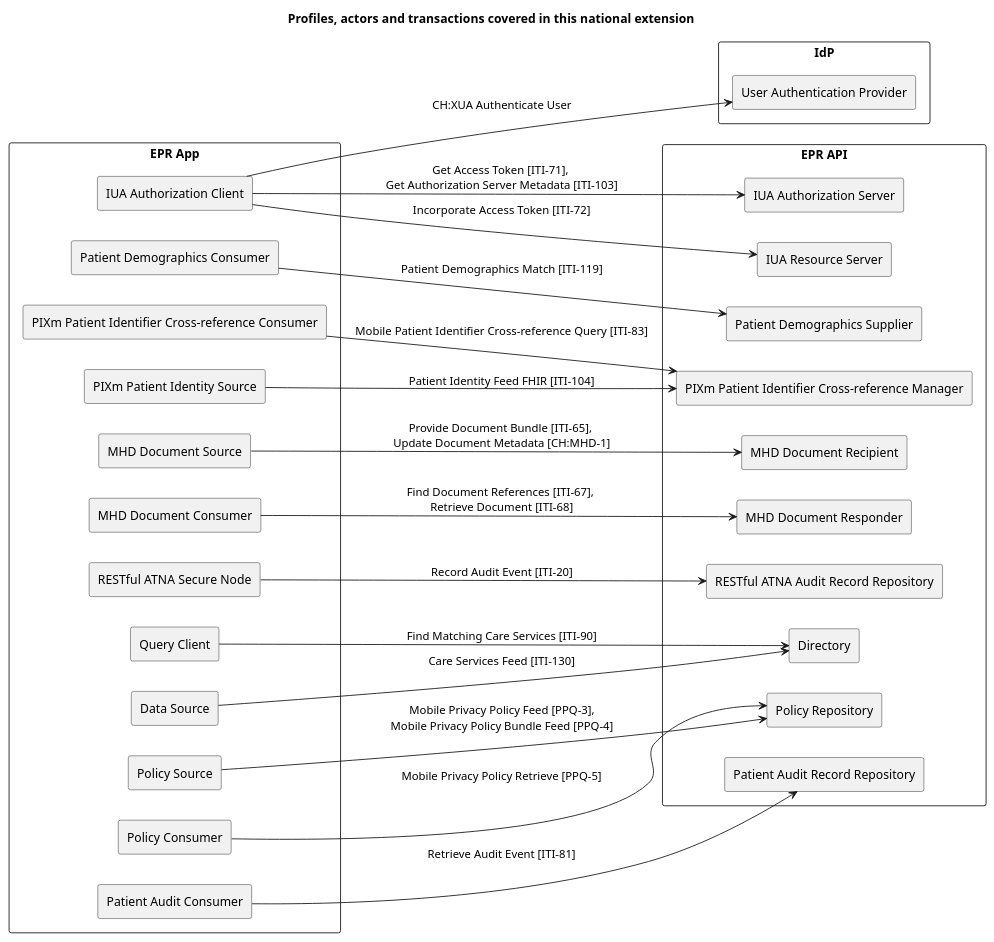
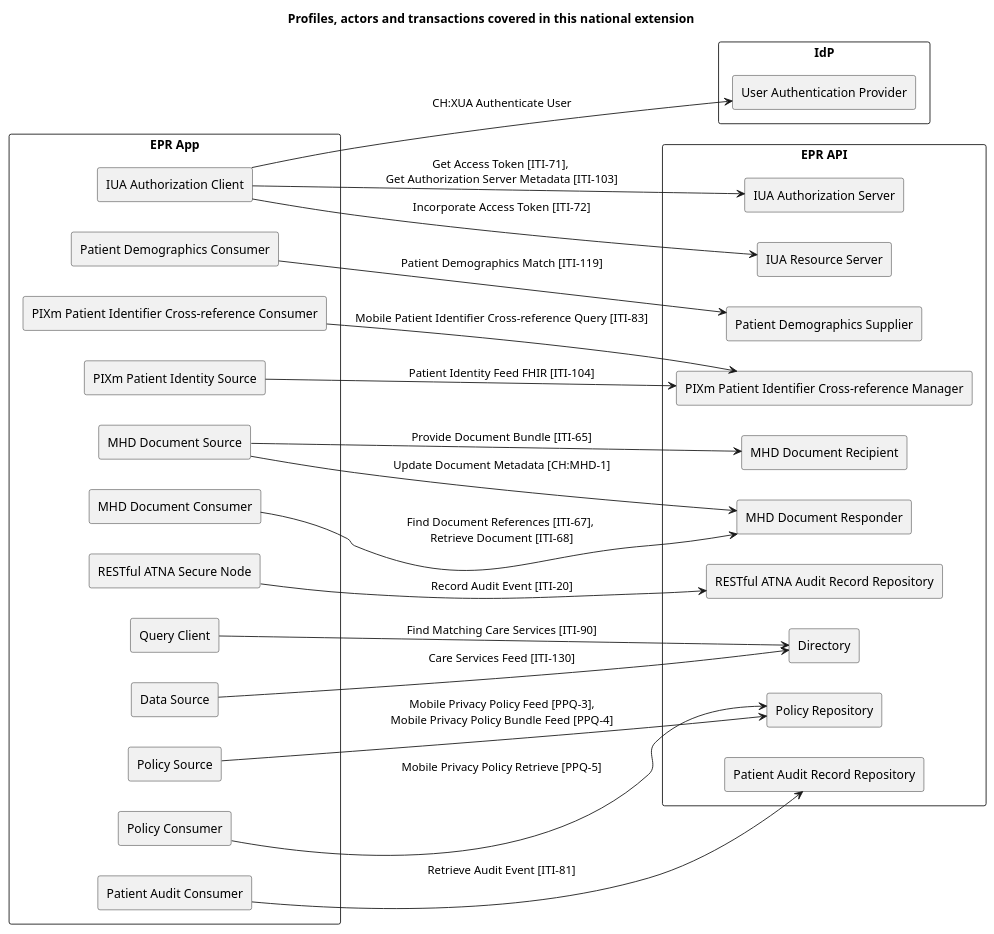
Before and after one commit to ehealthsuisse/ch-epr-fhir: the diagram in input/images-source/overview.plantuml, drawn with PlantUML. The commit also changed 7 other files, not shown here.

```diff
--- a/input/images-source/overview.plantuml
+++ b/input/images-source/overview.plantuml
@@ -1,72 +1,74 @@
 @startuml
 
 title **Profiles, actors and transactions covered in this national extension**
 
 skinparam componentStyle rectangle
 skinparam svgDimensionStyle false
 
 left to right direction
 
 component "EPR App" {
   [IUA Authorization Client] as IUAClient
 
   [Patient Demographics Consumer] as PDQmConsumer
 
   [PIXm Patient Identifier Cross-reference Consumer] as PIXmConsumer
   [PIXm Patient Identity Source] as PIXmSource
 
   [MHD Document Source] as MHDSource
   [MHD Document Consumer] as MHDConsumer
 
   [RESTful ATNA Secure Node] as ATNANode
 
   [Query Client] as mCSDQueryClient
   [Data Source] as mCSDDataSource
 
   [Policy Source] as PPQmPolicySource
   [Policy Consumer] as PPQmPolicyConsumer
 
   [Patient Audit Consumer] as ATCPatientAuditConsumer
 }
 
 component "IdP" {
   [User Authentication Provider] as UAProvider
   IUAClient --> UAProvider : CH:XUA Authenticate User
 }
 
 component "EPR API" {
   [IUA Authorization Server] as IUAAuthServer
   IUAClient -> IUAAuthServer : Get Access Token [ITI-71], \nGet Authorization Server Metadata [ITI-103]
   [IUA Resource Server] as IUAResourceServer
   IUAClient --> IUAResourceServer : Incorporate Access Token [ITI-72]
 
   [Patient Demographics Supplier] as PDQmSupplier
   PDQmConsumer --> PDQmSupplier : Patient Demographics Match [ITI-119]
 
   [PIXm Patient Identifier Cross-reference Manager] as PIXmManager
   PIXmConsumer --> PIXmManager : Mobile Patient Identifier Cross-reference Query [ITI-83]
   PIXmSource --> PIXmManager : Patient Identity Feed FHIR [ITI-104]
 
   [MHD Document Recipient] as MHDRecipient
-  MHDSource --> MHDRecipient : Provide Document Bundle [ITI-65], \nUpdate Document Metadata [CH:MHD-1]
+  [MHD Document Responder] as MHDResponder
+  MHDSource --> MHDRecipient : Provide Document Bundle [ITI-65]
 
-  [MHD Document Responder] as MHDResponder
+  MHDSource --> MHDResponder : Update Document Metadata [CH:MHD-1]
+
   MHDConsumer --> MHDResponder : Find Document References [ITI-67], \nRetrieve Document [ITI-68]
 
   [RESTful ATNA Audit Record Repository] as ATNARepository
   ATNANode --> ATNARepository : Record Audit Event [ITI-20]
 
   [Directory] as mCSDDirectory
   mCSDQueryClient --> mCSDDirectory : Find Matching Care Services [ITI-90]
   mCSDDataSource --> mCSDDirectory : Care Services Feed [ITI-130]
 
   [Policy Repository] as PPQmPolicyRepository
   PPQmPolicySource --> PPQmPolicyRepository : Mobile Privacy Policy Feed [PPQ-3],\nMobile Privacy Policy Bundle Feed [PPQ-4]
   PPQmPolicyConsumer --> PPQmPolicyRepository : Mobile Privacy Policy Retrieve [PPQ-5]
 
   [Patient Audit Record Repository] as ATCPatientAuditRecordRepository
   ATCPatientAuditConsumer --> ATCPatientAuditRecordRepository : Retrieve Audit Event [ITI-81]	
 }
 
 
 @enduml
```
